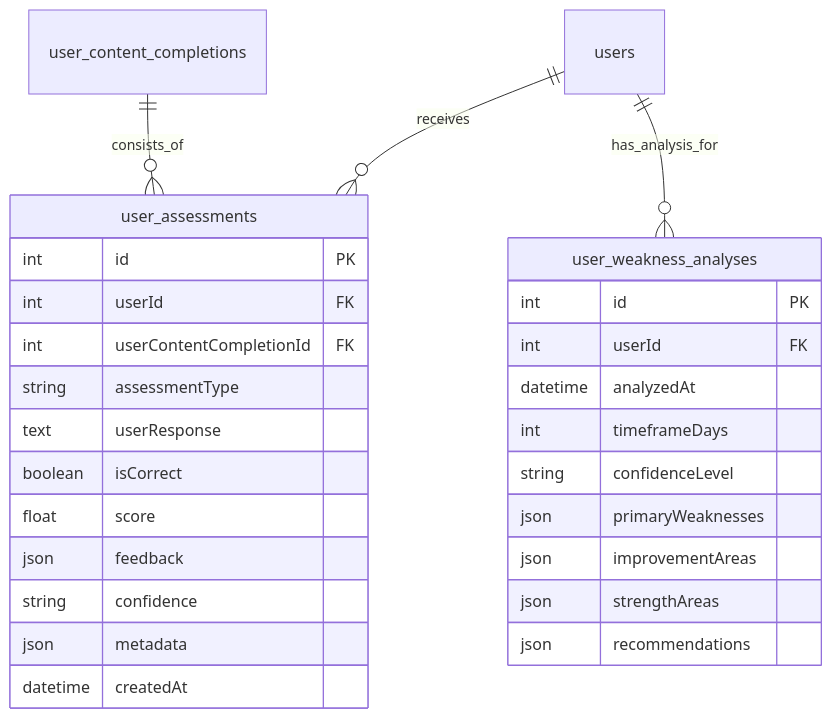
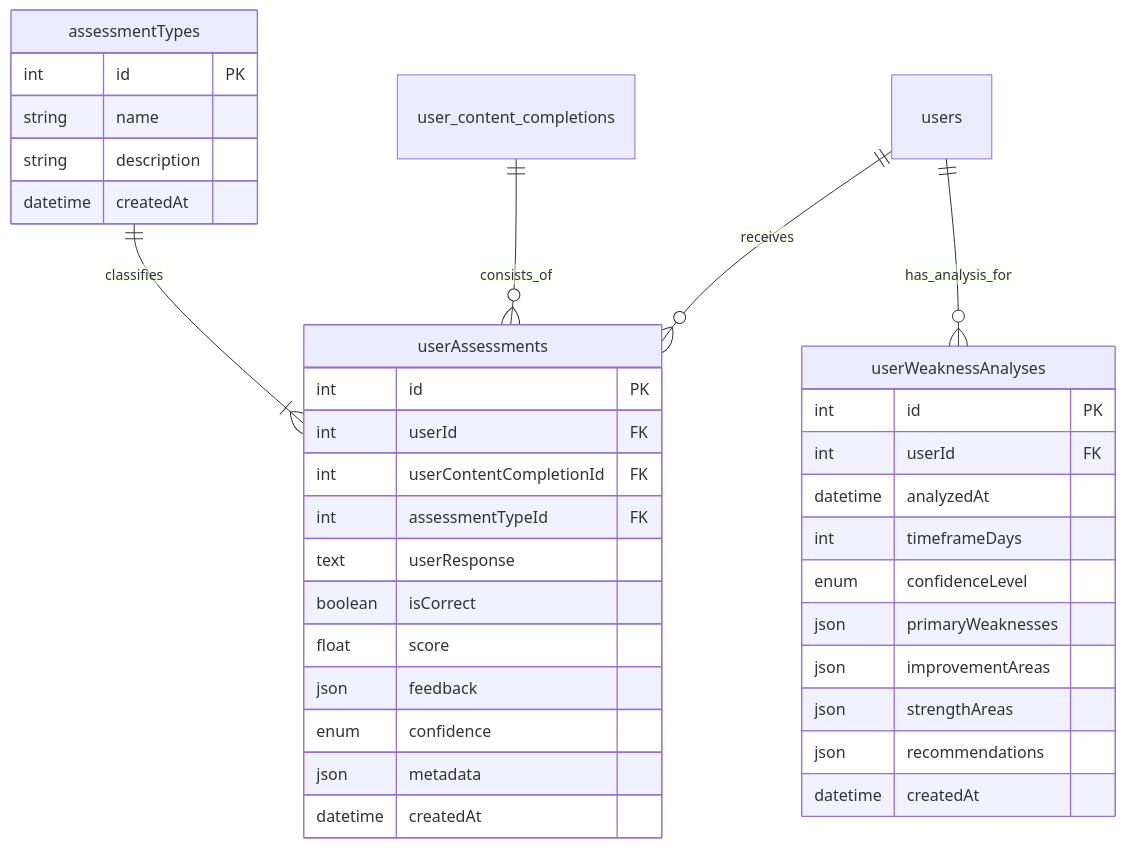
Before and after one commit to niklas-joh/french-learning-platform: the diagram in docs/development_docs/tasks/phase-3_AI_integration/3.1.C.1-db-schema-migrations.md, drawn with Mermaid. The commit also changed other lines of this file and 4 other files, not shown here.

First line of the commit message:
feat(db): create assessment engine schema

````diff
--- a/docs/development_docs/tasks/phase-3_AI_integration/3.1.C.1-db-schema-migrations.md
+++ b/docs/development_docs/tasks/phase-3_AI_integration/3.1.C.1-db-schema-migrations.md
@@ -101,32 +136,41 @@
 ```mermaid
 erDiagram
-    user_assessments {
+    assessmentTypes {
+        int id PK
+        string name
+        string description
+        datetime createdAt
+    }
+
+    userAssessments {
         int id PK
         int userId FK
         int userContentCompletionId FK
-        string assessmentType
+        int assessmentTypeId FK
         text userResponse
         boolean isCorrect
         float score
         json feedback
-        string confidence
+        enum confidence
         json metadata
         datetime createdAt
     }
 
-    user_weakness_analyses {
+    userWeaknessAnalyses {
         int id PK
         int userId FK
         datetime analyzedAt
         int timeframeDays
-        string confidenceLevel
+        enum confidenceLevel
         json primaryWeaknesses
         json improvementAreas
         json strengthAreas
         json recommendations
+        datetime createdAt
     }
 
-    user_content_completions ||--o{ user_assessments : "consists_of"
-    users ||--o{ user_assessments : "receives"
-    users ||--o{ user_weakness_analyses : "has_analysis_for"
+    assessmentTypes ||--|{ userAssessments : "classifies"
+    user_content_completions ||--o{ userAssessments : "consists_of"
+    users ||--o{ userAssessments : "receives"
+    users ||--o{ userWeaknessAnalyses : "has_analysis_for"
 ```
````
